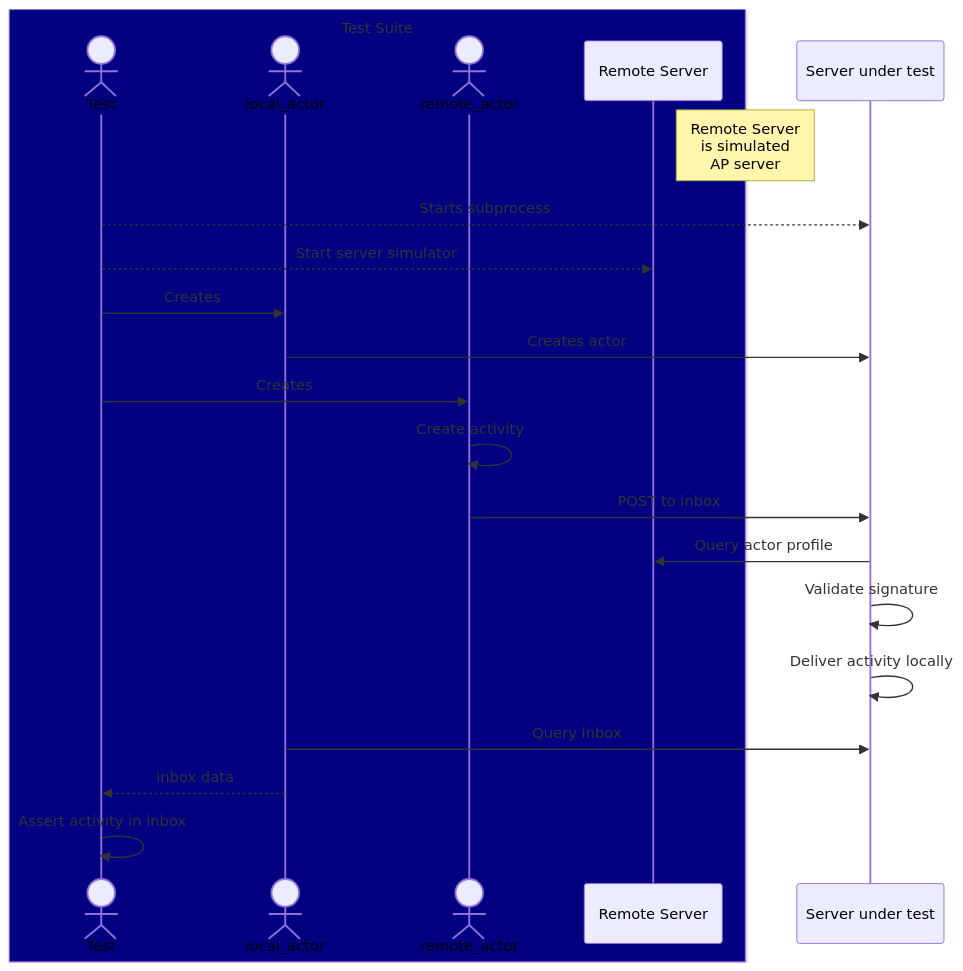
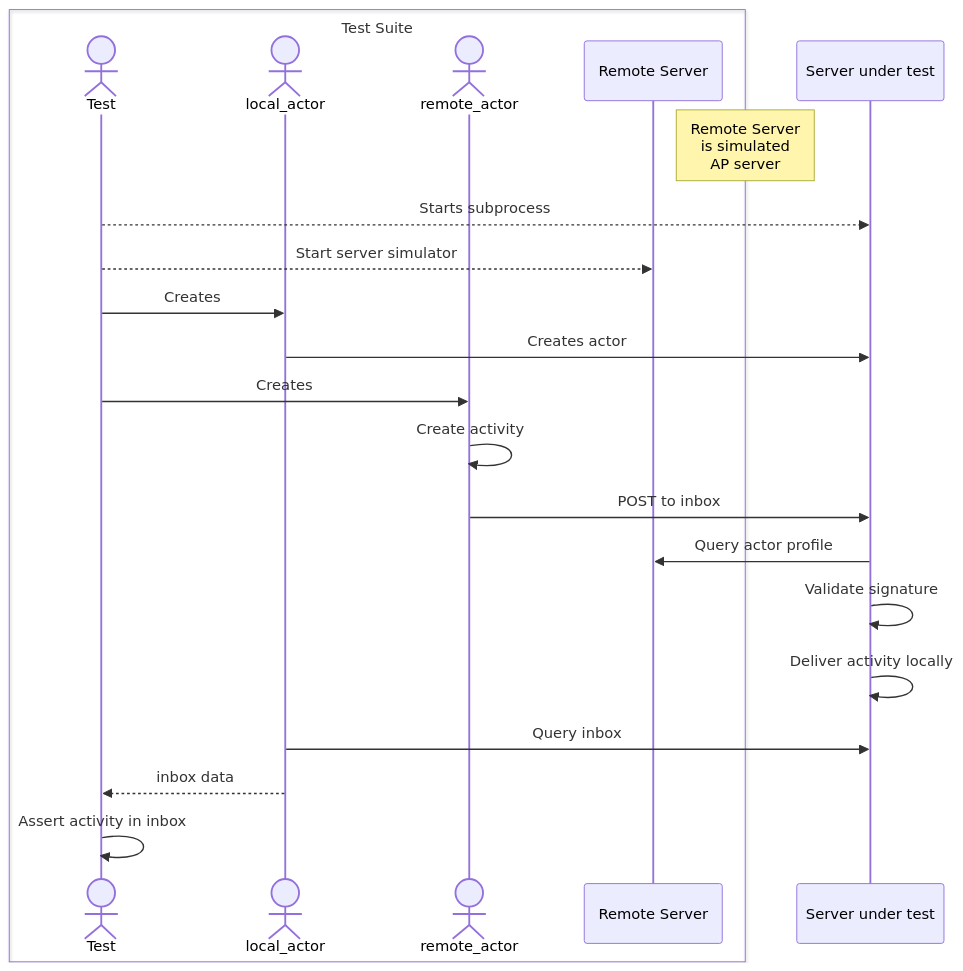
The second of 2 diagrams in docs/architecture.md (steve-bate/activitypub-testsuite), drawn with Mermaid before and after one commit. The commit also changed 1 other file, not shown here.

Commit message:
docs/ typo fixes

````diff
--- a/docs/architecture.md
+++ b/docs/architecture.md
@@ -74,24 +74,24 @@
 ```mermaid
 sequenceDiagram
-    box navy Test Suite
+    box Test Suite
         actor test as Test
         actor local_actor
         actor remote_actor
         participant remote_server as Remote Server
     end
     participant local_server as Server under test
     Note right of remote_server: Remote Server<br/> is simulated<br/>AP server
     test-->>local_server: Starts subprocess
     test-->>remote_server: Start server simulator
     test->>local_actor: Creates
     local_actor->>local_server: Creates actor
     test->>remote_actor: Creates
     remote_actor->>remote_actor: Create activity
     remote_actor->>local_server: POST to inbox
     local_server->>remote_server: Query actor profile
     local_server->>local_server: Validate signature
     local_server->>local_server: Deliver activity locally
     local_actor->>local_server: Query inbox
     local_actor-->>test: inbox data
     test->>test: Assert activity in inbox
 ```
````
